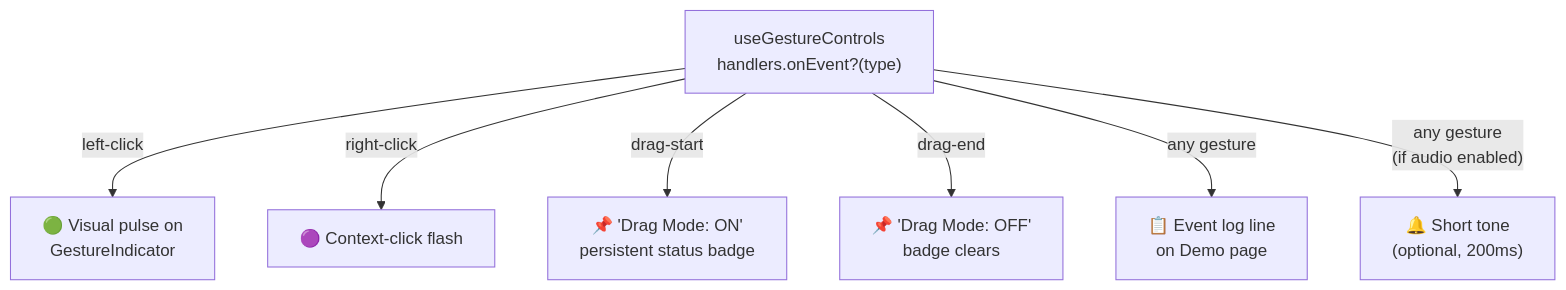
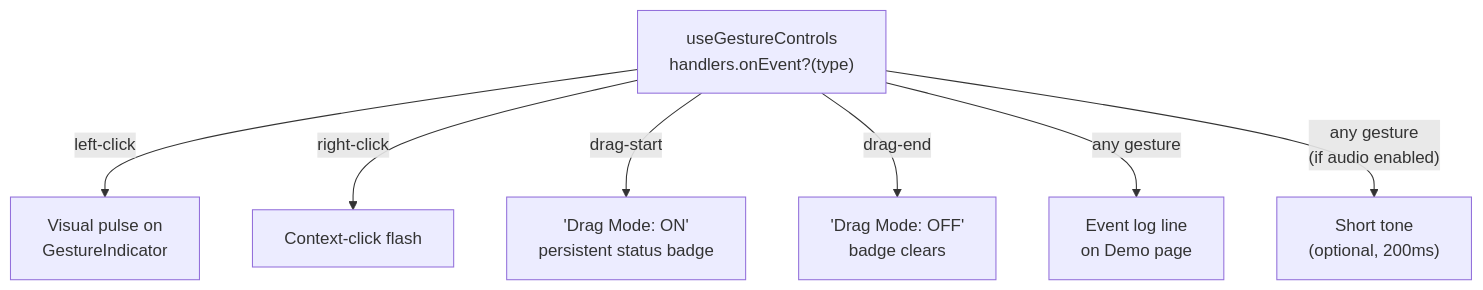
One commit to aadibhat09/NodCursor changed the diagram in .github/ISSUE_TEMPLATE/next-3-gesture-feedback.md. Above: the diagram before and after it, drawn with Mermaid. The commit also changed other lines of this file and 17 other files, not shown here.

````diff
--- a/.github/ISSUE_TEMPLATE/next-3-gesture-feedback.md
+++ b/.github/ISSUE_TEMPLATE/next-3-gesture-feedback.md
@@ -26,11 +26,11 @@
 ```mermaid
 flowchart TD
   GC["useGestureControls\nhandlers.onEvent?(type)"]
 
-  GC -->|"left-click"| V1["🟢 Visual pulse on\nGestureIndicator"]
-  GC -->|"right-click"| V2["🟣 Context-click flash"]
-  GC -->|"drag-start"| Badge["📌 'Drag Mode: ON'\npersistent status badge"]
-  GC -->|"drag-end"| Badge2["📌 'Drag Mode: OFF'\nbadge clears"]
-  GC -->|"any gesture"| Log["📋 Event log line\non Demo page"]
-  GC -->|"any gesture\n(if audio enabled)"| Audio["🔔 Short tone\n(optional, 200ms)"]
+  GC -->|"left-click"| V1[" Visual pulse on\nGestureIndicator"]
+  GC -->|"right-click"| V2[" Context-click flash"]
+  GC -->|"drag-start"| Badge[" 'Drag Mode: ON'\npersistent status badge"]
+  GC -->|"drag-end"| Badge2[" 'Drag Mode: OFF'\nbadge clears"]
+  GC -->|"any gesture"| Log[" Event log line\non Demo page"]
+  GC -->|"any gesture\n(if audio enabled)"| Audio[" Short tone\n(optional, 200ms)"]
 ```
````
